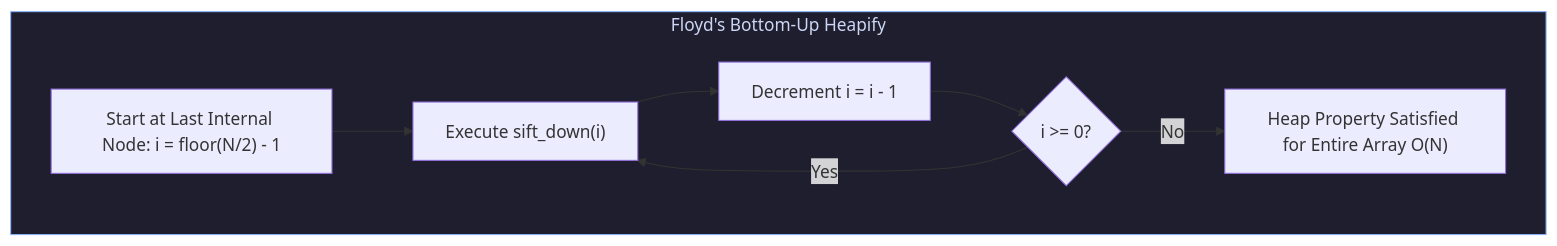
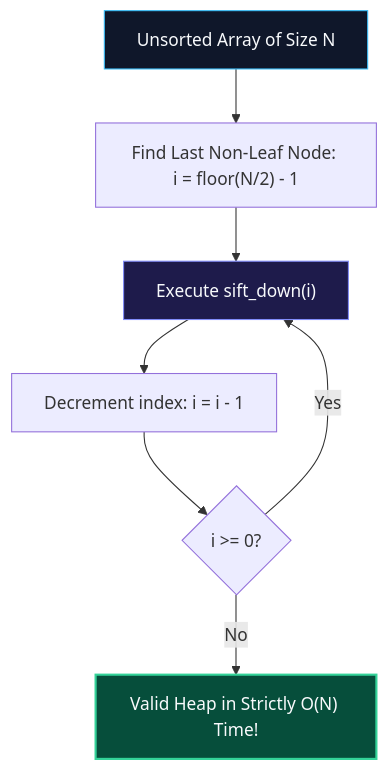
Before and after one commit to 1345AbhishekKumar/cs-cookbook: the fourth of 5 diagrams in content/docs/dsa/02-trees-heaps-and-core-patterns/03-heaps-and-priority-queues.mdx, drawn with Mermaid. The commit also changed other lines of this file and 211 other files, not shown here.

````diff
--- a/content/docs/dsa/02-trees-heaps-and-core-patterns/03-heaps-and-priority-queues.mdx
+++ b/content/docs/dsa/02-trees-heaps-and-core-patterns/03-heaps-and-priority-queues.mdx
@@ -125,15 +241,13 @@
 ```mermaid
 flowchart TD
-    subgraph FloydMethod["Floyd's Bottom-Up Heapify"]
-        Start["Start at Last Internal Node: i = floor(N/2) - 1"]
-        Sift["Execute sift_down(i)"]
-        Decr["Decrement i = i - 1"]
-        Check{"i >= 0?"}
-        Done["Heap Property Satisfied for Entire Array O(N)"]
+    Start["Unsorted Array of Size N"] --> Calc["Find Last Non-Leaf Node: i = floor(N/2) - 1"]
+    Calc --> Sift["Execute sift_down(i)"]
+    Sift --> Decr["Decrement index: i = i - 1"]
+    Decr --> Check{"i >= 0?"}
+    Check -->|Yes| Sift
+    Check -->|No| Done["Valid Heap in Strictly O(N) Time!"]
 
-        Start --> Sift --> Decr --> Check
-        Check -->|Yes| Sift
-        Check -->|No| Done
-    end
-    style FloydMethod fill:#1e1e2e,stroke:#89b4fa,stroke-width:1px,color:#cdd6f4
+    style Start fill:#0f172a,stroke:#38bdf8,stroke-width:1px,color:#f8fafc
+    style Sift fill:#1e1b4b,stroke:#818cf8,stroke-width:1px,color:#f8fafc
+    style Done fill:#064e3b,stroke:#34d399,stroke-width:2px,color:#f8fafc
 ```
````
